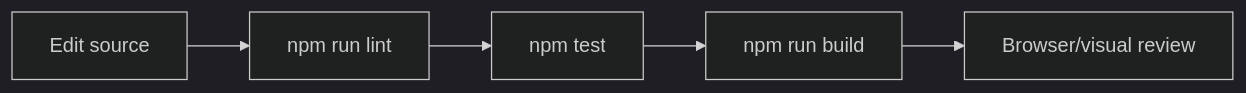
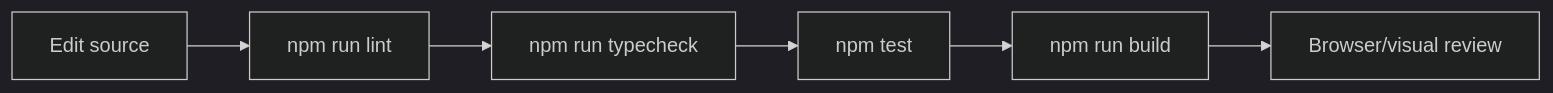
Before and after one commit to KipianiNikoloz/FoodLoop: the diagram in docs/development.md, drawn with Mermaid (dark theme). The commit also changed 41 other files, not shown here.

````diff
--- a/docs/development.md
+++ b/docs/development.md
@@ -37,13 +37,15 @@
 ```mermaid
 flowchart LR
   Edit[Edit source]
-  Typecheck[npm run lint]
+  Lint[npm run lint]
+  Typecheck[npm run typecheck]
   Test[npm test]
   Build[npm run build]
   Review[Browser/visual review]
 
-  Edit --> Typecheck
+  Edit --> Lint
+  Lint --> Typecheck
   Typecheck --> Test
   Test --> Build
   Build --> Review
 ```
````
